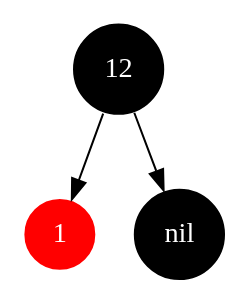
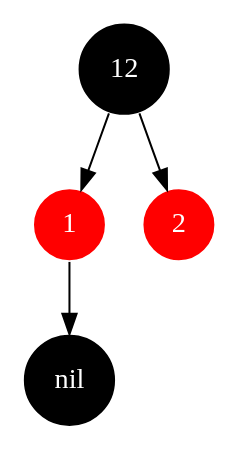
The diagram in article/ds-rbtree.org (Jeanhwea/jeanhwea.github.io), drawn with Graphviz before and after one commit. The commit also changed 1 other file, not shown here.

Commit message:
timestamp: 2023-02-22 12:46:01

```diff
--- a/article/ds-rbtree.org
+++ b/article/ds-rbtree.org
@@ -11,10 +11,13 @@
 #+BEGIN_SRC dot :exports results :file ../static/image/2023/0222/122429.png
   digraph {
+    graph [ordering="out"];
     node[shape=circle, style=filled, fontcolor=white, color=white];
-    1 [fillcolor=red];
-    12[fillcolor=black];
+    1  [fillcolor=red];
+    2  [fillcolor=red];
+    12 [fillcolor=black];
     nil[fillcolor=black];
     12 -> 1;
-    12 -> nil;
+    12 -> 2;
+    1 -> nil;
   }
 #+END_SRC
```
